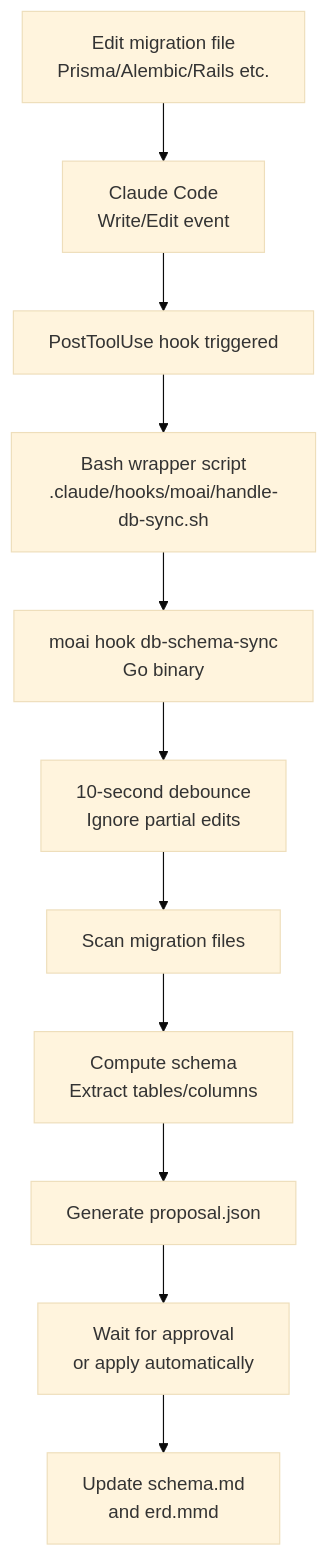
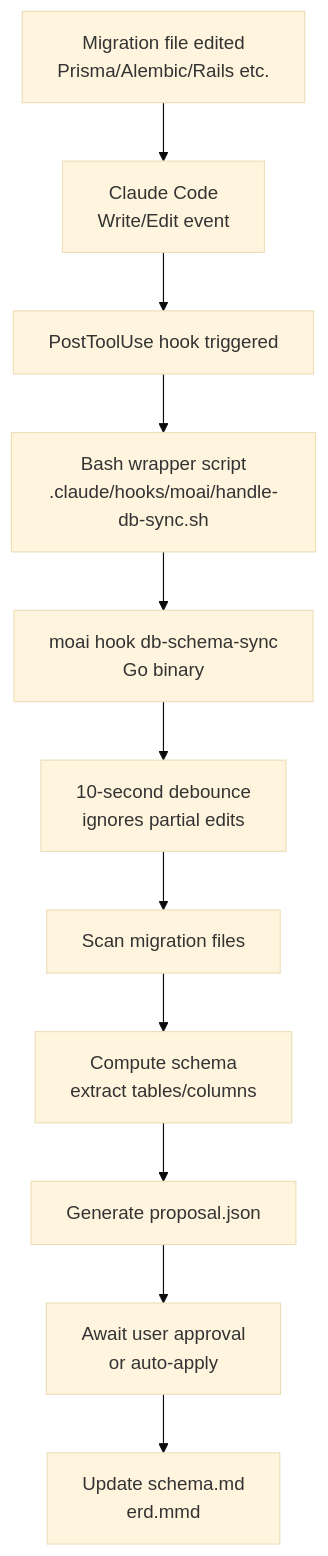
The diagram in docs-site/content/en/db/schema-sync.md (modu-ai/moai-adk), drawn with Mermaid (base theme) before and after one commit. The commit also changed other lines of this file and 395 other files, not shown here.

````diff
--- a/docs-site/content/en/db/schema-sync.md
+++ b/docs-site/content/en/db/schema-sync.md
@@ -14,13 +17,13 @@
 ```mermaid
 flowchart TD
-    A["Edit migration file<br/>Prisma/Alembic/Rails etc."] --> B["Claude Code<br/>Write/Edit event"]
+    A["Migration file edited<br/>Prisma/Alembic/Rails etc."] --> B["Claude Code<br/>Write/Edit event"]
     B --> C["PostToolUse hook triggered"]
     C --> D["Bash wrapper script<br/>.claude/hooks/moai/handle-db-sync.sh"]
     D --> E["moai hook db-schema-sync<br/>Go binary"]
-    E --> F["10-second debounce<br/>Ignore partial edits"]
+    E --> F["10-second debounce<br/>ignores partial edits"]
     F --> G["Scan migration files"]
-    G --> H["Compute schema<br/>Extract tables/columns"]
+    G --> H["Compute schema<br/>extract tables/columns"]
     H --> I["Generate proposal.json"]
-    I --> J["Wait for approval<br/>or apply automatically"]
-    J --> K["Update schema.md<br/>and erd.mmd"]
+    I --> J["Await user approval<br/>or auto-apply"]
+    J --> K["Update schema.md<br/>erd.mmd"]
 ```
````
